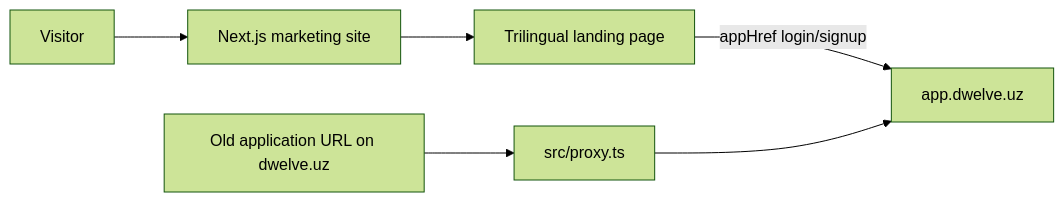
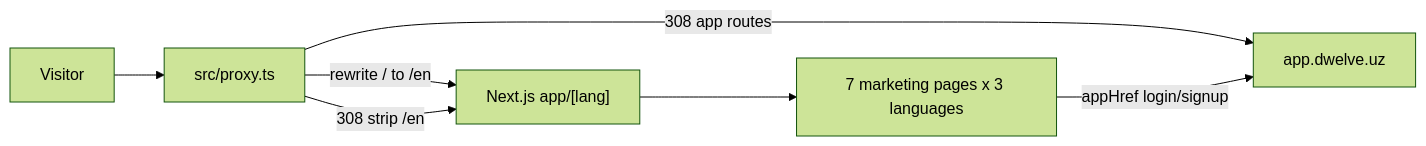
The diagram in docs/architecture/ARCHITECTURE.md (DwelveOrg/dwelve), drawn with Mermaid (forest theme) before and after one commit. The commit also changed other lines of this file and 68 other files, not shown here.

````diff
--- a/docs/architecture/ARCHITECTURE.md
+++ b/docs/architecture/ARCHITECTURE.md
@@ -8,8 +8,9 @@
 ```mermaid
 flowchart LR
-  Visitor --> Next[Next.js marketing site]
-  Next --> Landing[Trilingual landing page]
-  Landing -->|appHref login/signup| App[app.dwelve.uz]
-  Old[Old application URL on dwelve.uz] --> Proxy[src/proxy.ts]
-  Proxy --> App
+  Visitor --> Proxy[src/proxy.ts]
+  Proxy -->|rewrite / to /en| Next["Next.js app/[lang]"]
+  Proxy -->|308 strip /en| Next
+  Proxy -->|308 app routes| App[app.dwelve.uz]
+  Next --> Pages[7 marketing pages x 3 languages]
+  Pages -->|appHref login/signup| App
 ```
````
